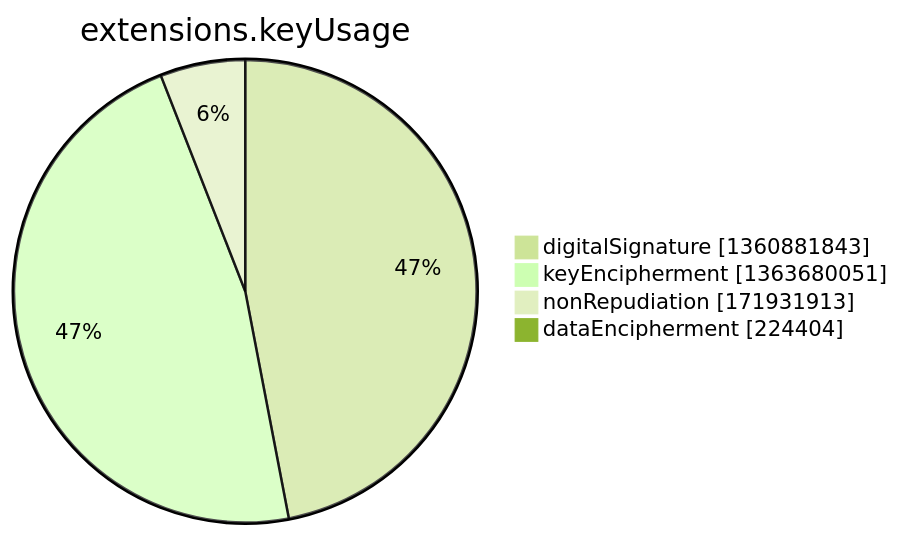
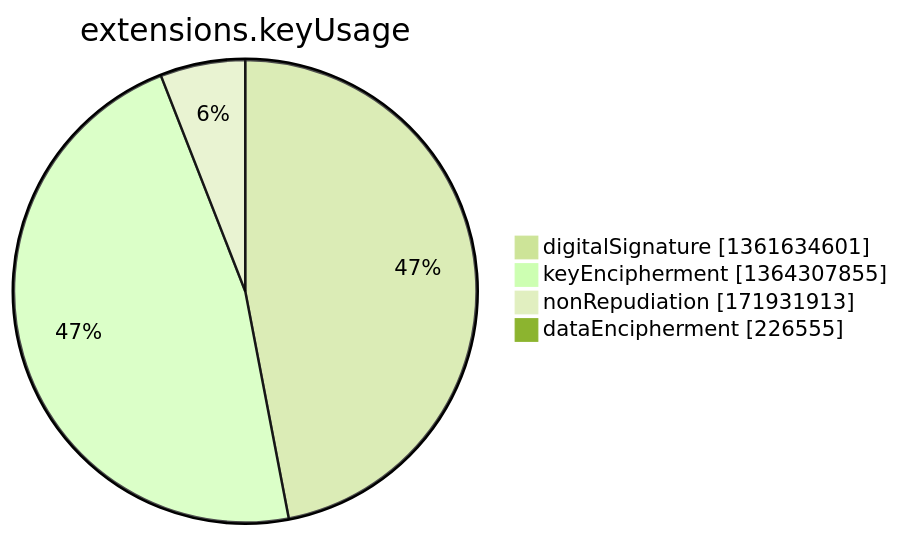
One commit to christiankrug/ctmonitor_visualization changed the seventh of 15 diagrams in argon2022/README.md. Above: the diagram before and after it, drawn with Mermaid (forest theme). The commit also changed other lines of this file, not shown here.

````diff
--- a/argon2022/README.md
+++ b/argon2022/README.md
@@ -2750,8 +2750,8 @@
 ```mermaid
 pie showData
 title extensions.keyUsage
-"digitalSignature" :1360881843
-"keyEncipherment" :1363680051
+"digitalSignature" :1361634601
+"keyEncipherment" :1364307855
 "nonRepudiation" :171931913
-"dataEncipherment" :224404
+"dataEncipherment" :226555
 ```
````
